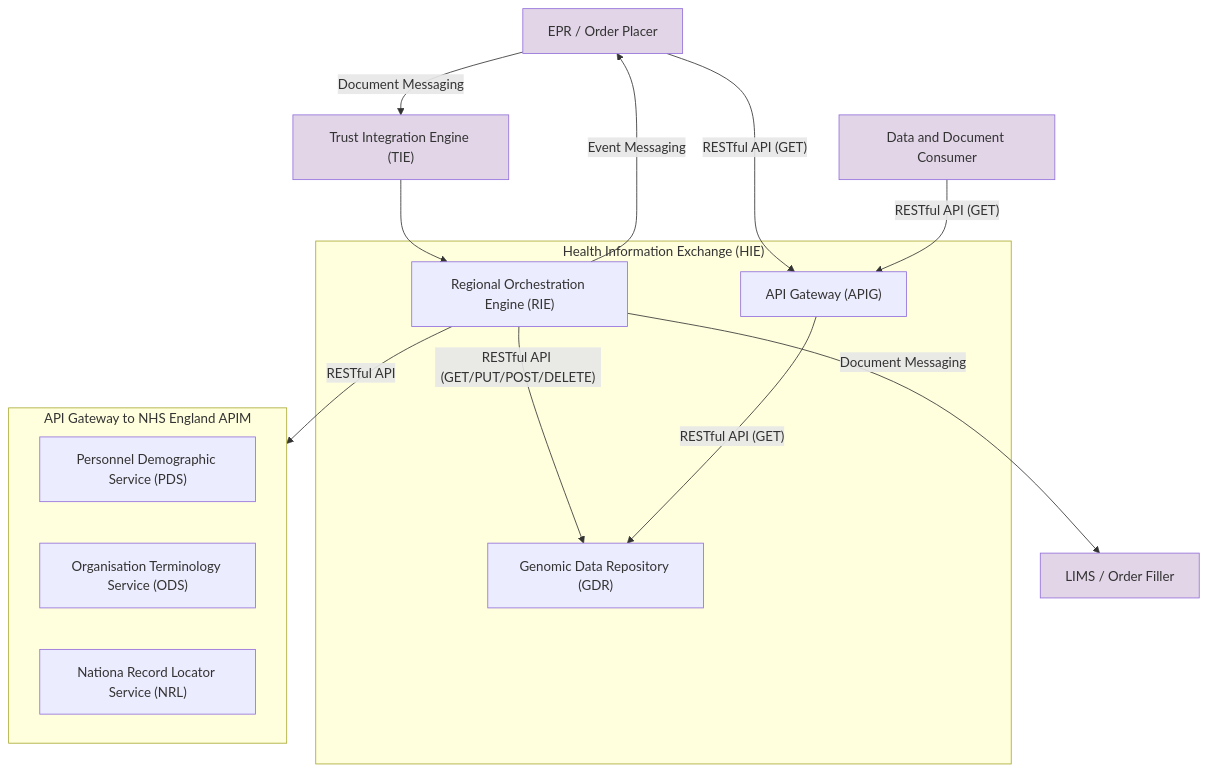
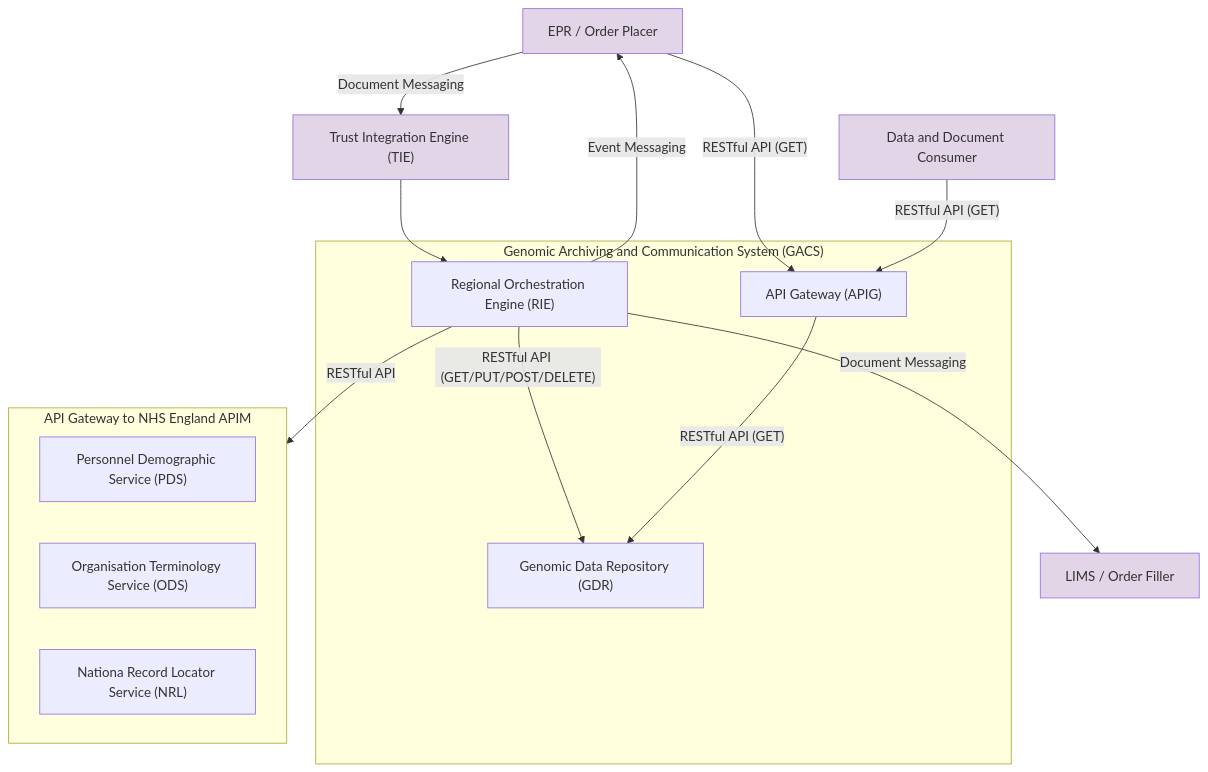
One commit to uk-gov-mirror/nw-gmsa.nw-gmsa.github.com changed the diagram in input/images/hie.mermaid. Above: the diagram before and after it, drawn with Mermaid. The commit also changed 24 other files, not shown here.

Commit message:
Added mermain diagrams from HIE Design

````diff
--- a/input/images/hie.mermaid
+++ b/input/images/hie.mermaid
@@ -1,35 +1,35 @@
 ```mermaid
 graph TD
 
 EPR[EPR / Order Placer]
 TIE["Trust Integration Engine (TIE)"]
 
-subgraph HIE["Health Information Exchange (HIE)"]
+subgraph HIE["Genomic Archiving and Communication System (GACS)"]
     RIE["Regional Orchestration Engine (RIE)"]
     GDR["Genomic Data Repository (GDR)"]
    APIG["API Gateway (APIG)"]
 end
 
 subgraph APIM[API Gateway to NHS England APIM]
     PDS["Personnel Demographic Service (PDS)"]
     ODS["Organisation Terminology Service (ODS)"]
     NRL["Nationa Record Locator Service (NRL)"]
 end
 
 LIMS[LIMS / Order Filler]
 DC["Data and Document Consumer"]
 
 
 EPR --> |Document Messaging| TIE
 TIE --> RIE
 RIE --> |Document Messaging| LIMS
 RIE --> |"RESTful API (GET/PUT/POST/DELETE)"| GDR
 RIE --> |Event Messaging| EPR
 EPR --> |"RESTful API (GET)"| APIG
 DC --> |"RESTful API (GET)"| APIG
 APIG --> |"RESTful API (GET)"| GDR
 RIE --> |RESTful API| APIM
 
 classDef purple fill:#E1D5E7;
 class EPR,TIE,LIMS,DC purple
 ```
````
